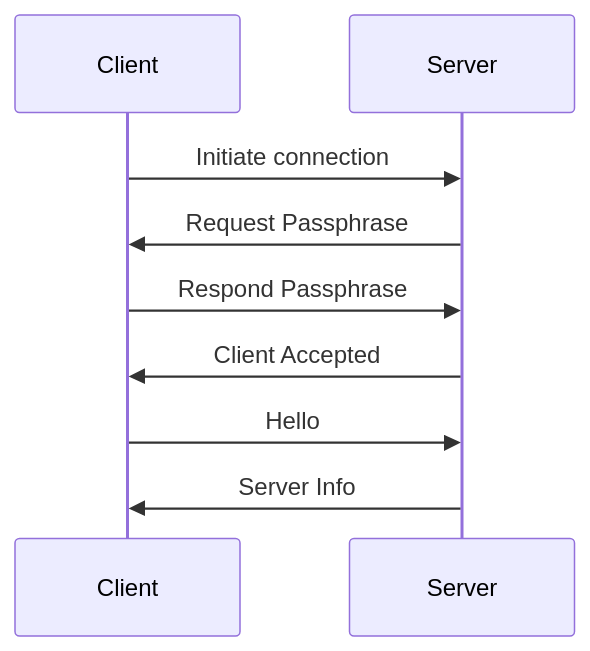
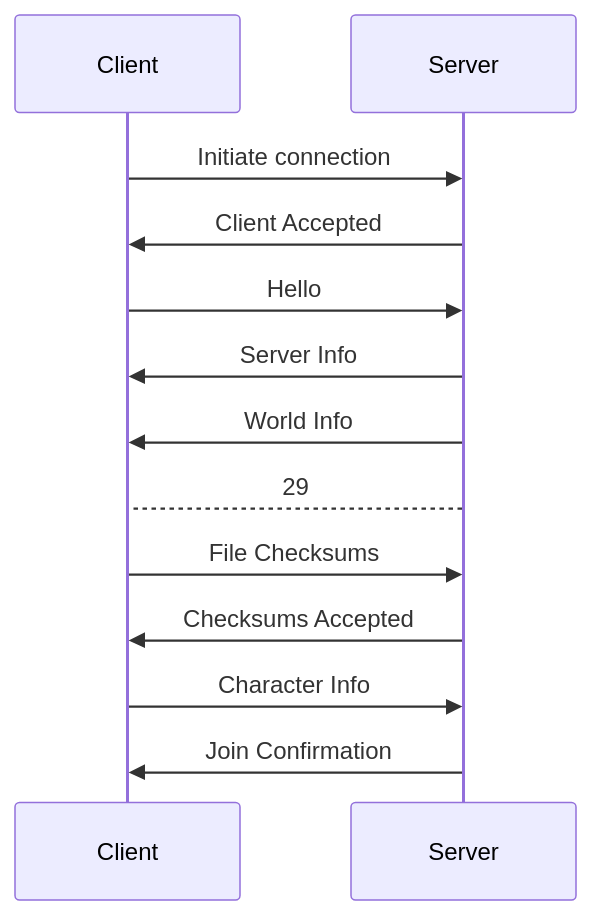
The fourth of 6 diagrams in docs/networking/protocol/joining.mdx (Scrap-Mods/docs), drawn with Mermaid before and after one commit. The commit also changed other lines of this file and 5 other files, not shown here.

````diff
--- a/docs/networking/protocol/joining.mdx
+++ b/docs/networking/protocol/joining.mdx
@@ -55,9 +74,13 @@
 ```mermaid
 sequenceDiagram
     Client->>Server: Initiate connection
-    Server->>Client: Request Passphrase
-    Client->>Server: Respond Passphrase
-    Server->>Client: Client Accepted 
+    Server->>Client: Client Accepted
     Client->>Server: Hello
     Server->>Client: Server Info
+    Server->>Client: World Info
+    Server-->Client: 29
+    Client->>Server: File Checksums
+    Server->>Client: Checksums Accepted
+    Client->>Server: Character Info
+    Server->>Client: Join Confirmation
 ```
````
